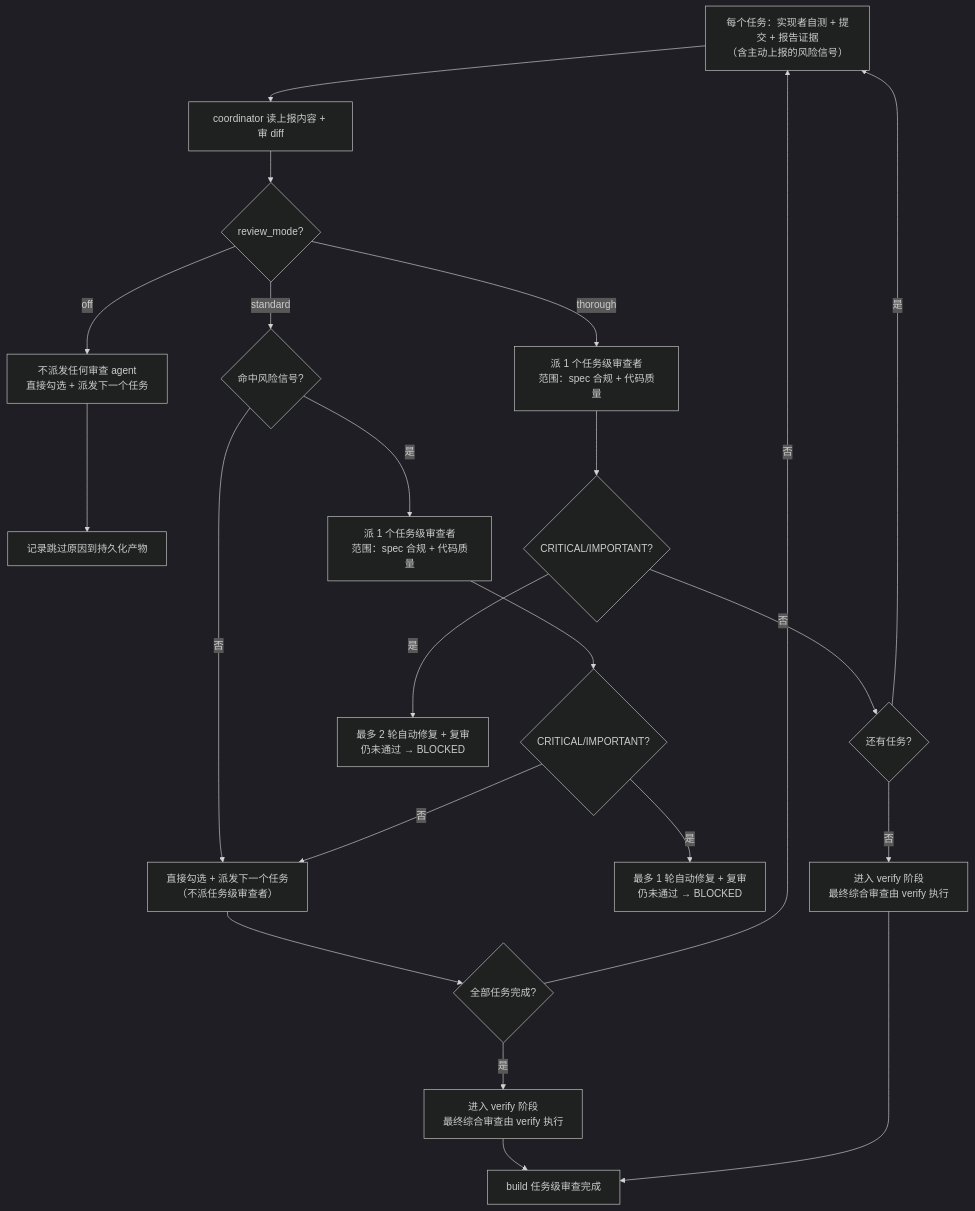
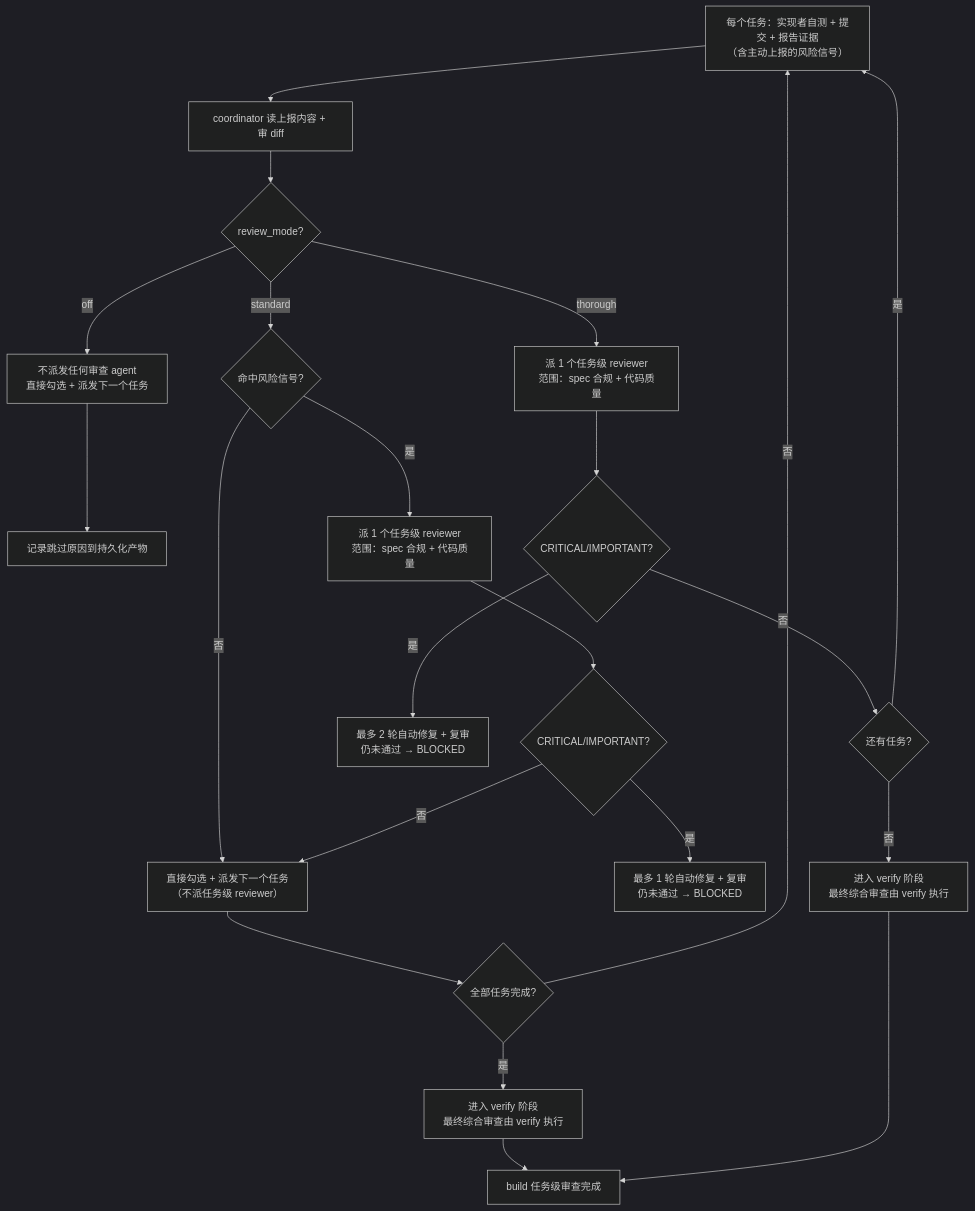
One commit to rpamis/comet-website-docs changed the diagram in zh/concepts/review-mode.mdx. Above: the diagram before and after it, drawn with Mermaid (dark theme). The commit also changed other lines of this file and 5 other files, not shown here.

````diff
--- a/zh/concepts/review-mode.mdx
+++ b/zh/concepts/review-mode.mdx
@@ -105,27 +105,27 @@
 ```mermaid
 flowchart TD
     Start["每个任务：实现者自测 + 提交 + 报告证据<br/>（含主动上报的风险信号）"] --> Coord["coordinator 读上报内容 + 审 diff"]
     Coord --> Q{"review_mode?"}
 
     Q -->|off| OFF["不派发任何审查 agent<br/>直接勾选 + 派发下一个任务"]
     OFF --> OFFR["记录跳过原因到持久化产物"]
 
     Q -->|standard| STRISK{"命中风险信号?"}
-    STRISK -->|否| STSKIP["直接勾选 + 派发下一个任务<br/>（不派任务级审查者）"]
-    STRISK -->|是| STRV["派 1 个任务级审查者<br/>范围：spec 合规 + 代码质量"]
+    STRISK -->|否| STSKIP["直接勾选 + 派发下一个任务<br/>（不派任务级 reviewer）"]
+    STRISK -->|是| STRV["派 1 个任务级 reviewer<br/>范围：spec 合规 + 代码质量"]
     STRV --> STFX{"CRITICAL/IMPORTANT?"}
     STFX -->|是| STFIX["最多 1 轮自动修复 + 复审<br/>仍未通过 → BLOCKED"]
     STFX -->|否| STSKIP
     STSKIP --> STFIN{"全部任务完成?"}
     STFIN -->|否| Start
     STFIN -->|是| STFINAL["进入 verify 阶段<br/>最终综合审查由 verify 执行"]
     STFINAL --> DONE
 
-    Q -->|thorough| THRV["派 1 个任务级审查者<br/>范围：spec 合规 + 代码质量"]
+    Q -->|thorough| THRV["派 1 个任务级 reviewer<br/>范围：spec 合规 + 代码质量"]
     THRV --> THFX{"CRITICAL/IMPORTANT?"}
     THFX -->|是| THFIX["最多 2 轮自动修复 + 复审<br/>仍未通过 → BLOCKED"]
     THFX -->|否| THNEXT{"还有任务?"}
     THNEXT -->|是| Start
     THNEXT -->|否| THFINAL["进入 verify 阶段<br/>最终综合审查由 verify 执行"]
     THFINAL --> DONE["build 任务级审查完成"]
 ```
````
